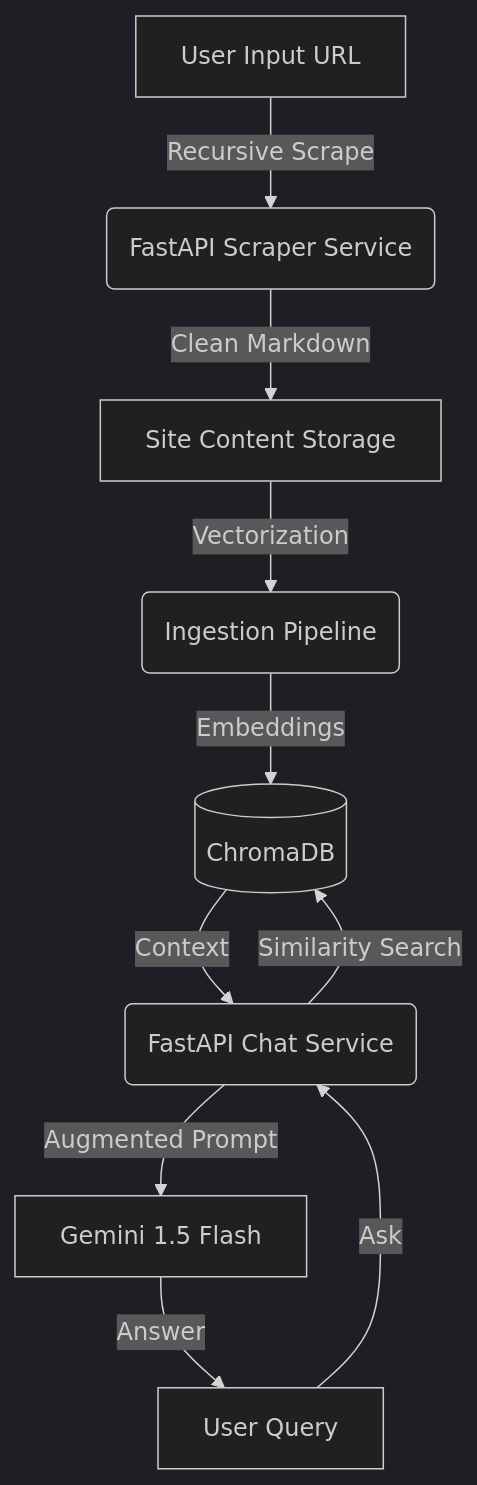
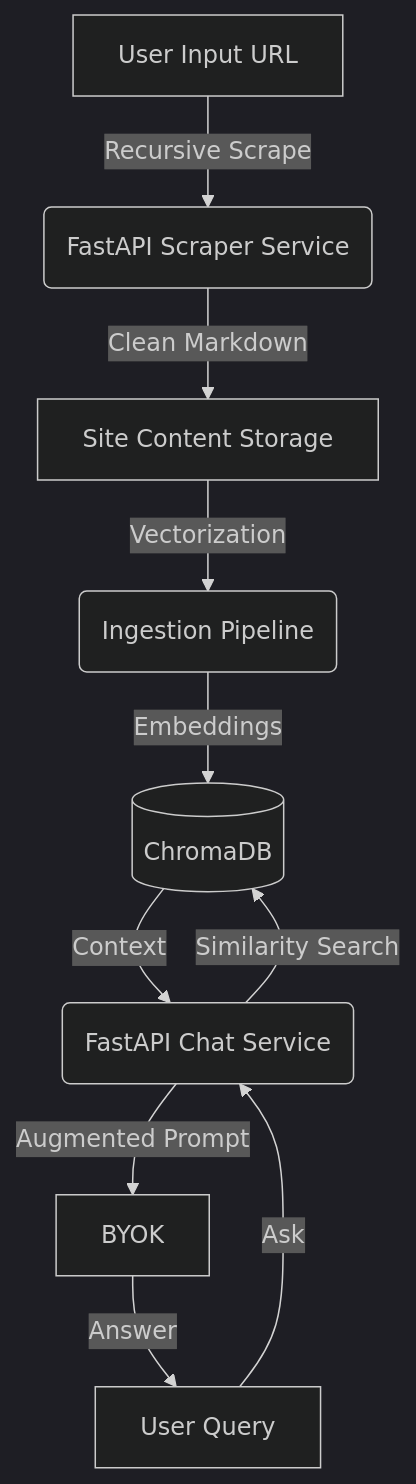
Before and after one commit to Monisha09-ds/Webscraping_Pipeline: the diagram in README.md, drawn with Mermaid (dark theme).

Commit message:
Update augmented prompt reference in README

````diff
--- a/README.md
+++ b/README.md
@@ -28,12 +28,12 @@
 ```mermaid
 graph TD
     A[User Input URL] -->|Recursive Scrape| B(FastAPI Scraper Service)
     B -->|Clean Markdown| C[Site Content Storage]
     C -->|Vectorization| D(Ingestion Pipeline)
     D -->|Embeddings| E[(ChromaDB)]
     F[User Query] -->|Ask| G(FastAPI Chat Service)
     G -->|Similarity Search| E
     E -->|Context| G
-    G -->|Augmented Prompt| H[Gemini 1.5 Flash]
+    G -->|Augmented Prompt| H[BYOK]
     H -->|Answer| F
 ```
````
